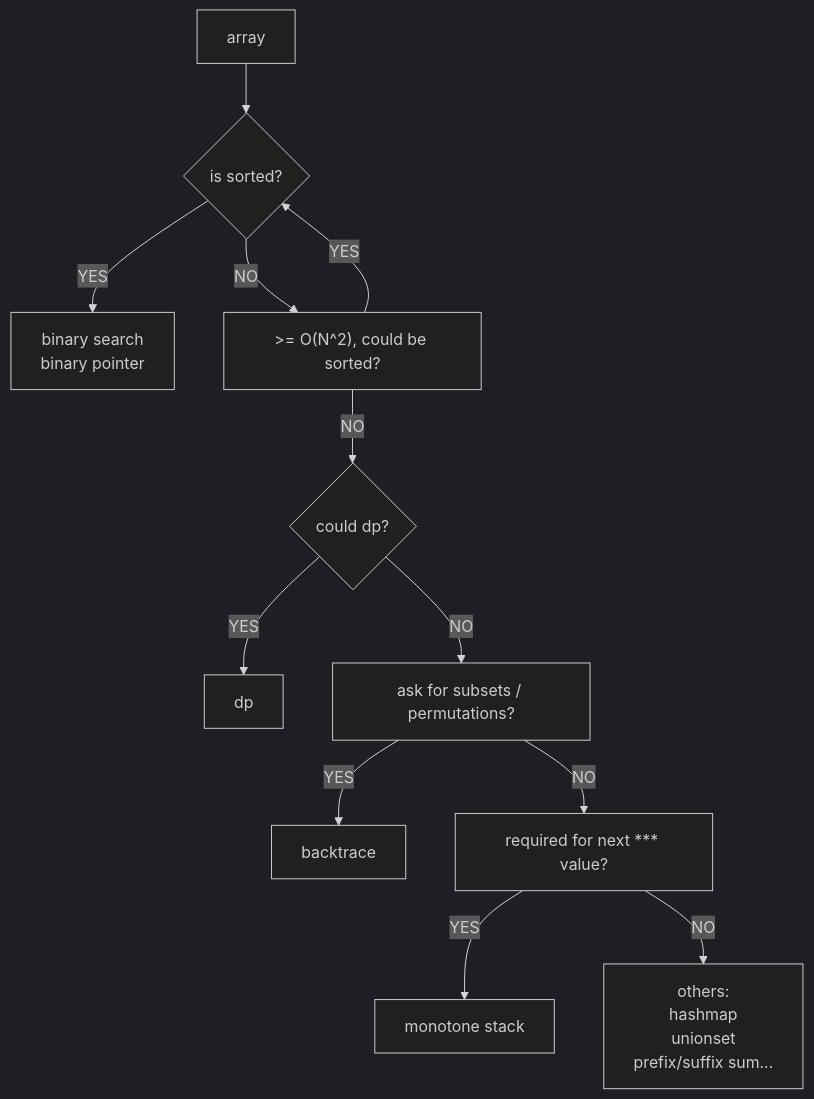
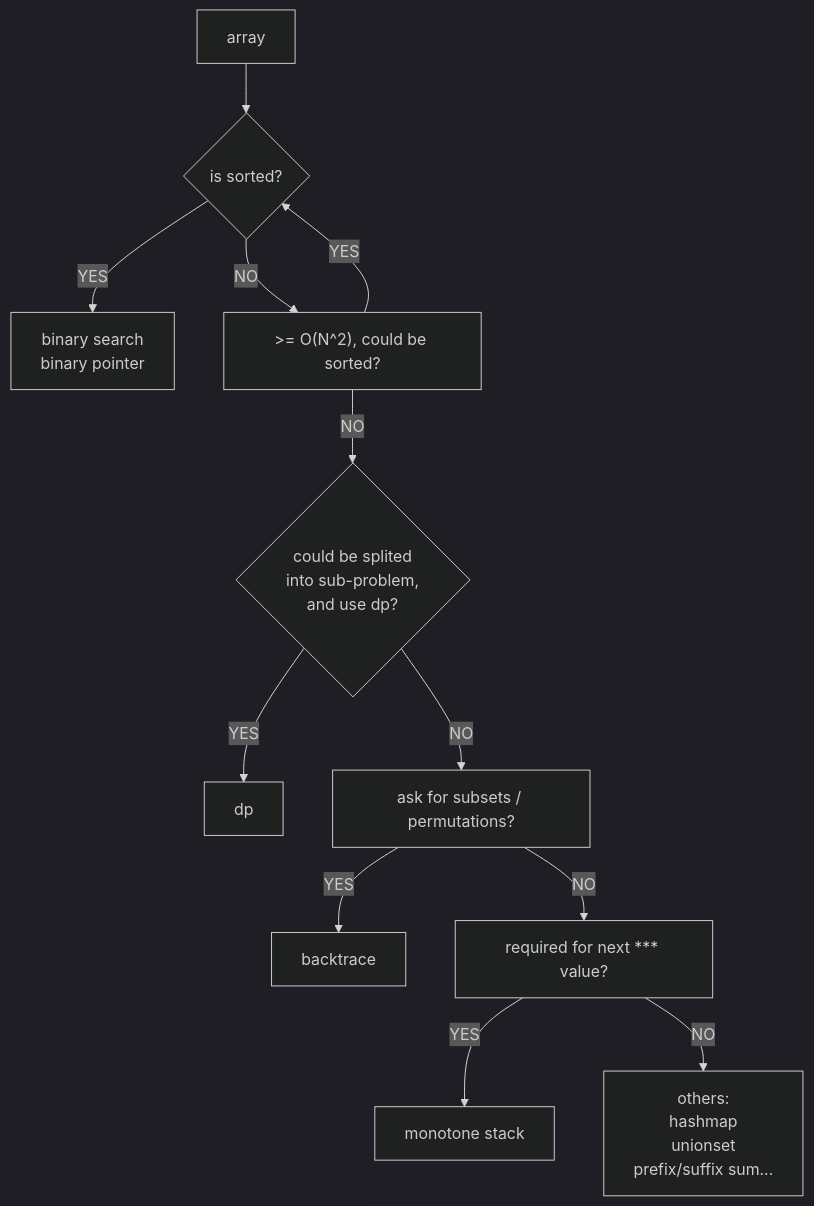
One commit to lix0x7/algorithm changed the diagram in note/thoughts.md. Above: the diagram before and after it, drawn with Mermaid (dark theme).

````diff
--- a/note/thoughts.md
+++ b/note/thoughts.md
@@ -100,21 +100,21 @@
 ```mermaid
 flowchart TD
   a[array] --> isSorted{is sorted?}
   isSorted -- YES --> binSearch[binary search \n binary pointer]
   isSorted -- NO --> couldBeSorted[">= O(N^2), could be sorted?"]
   
   couldBeSorted -- YES --> isSorted
-  couldBeSorted -- NO --> couldDp{"could dp?"}
+  couldBeSorted -- NO --> couldDp{"could be splited \ninto sub-problem,\n and use dp?"}
   
   couldDp -- YES --> dp["dp"]
   couldDp -- NO --> couldBacktrace["ask for subsets / permutations?"]
   
   couldBacktrace -- YES --> backtrace["backtrace"]
   couldBacktrace -- NO  --> couldMonoStack["required for next *** value?"]
   
   couldMonoStack -- YES --> monoStack["monotone stack"]
   couldMonoStack -- NO  --> xxx
   
   xxx["others:\n hashmap\n unionset\n prefix/suffix sum..."]
   
 ```
````
